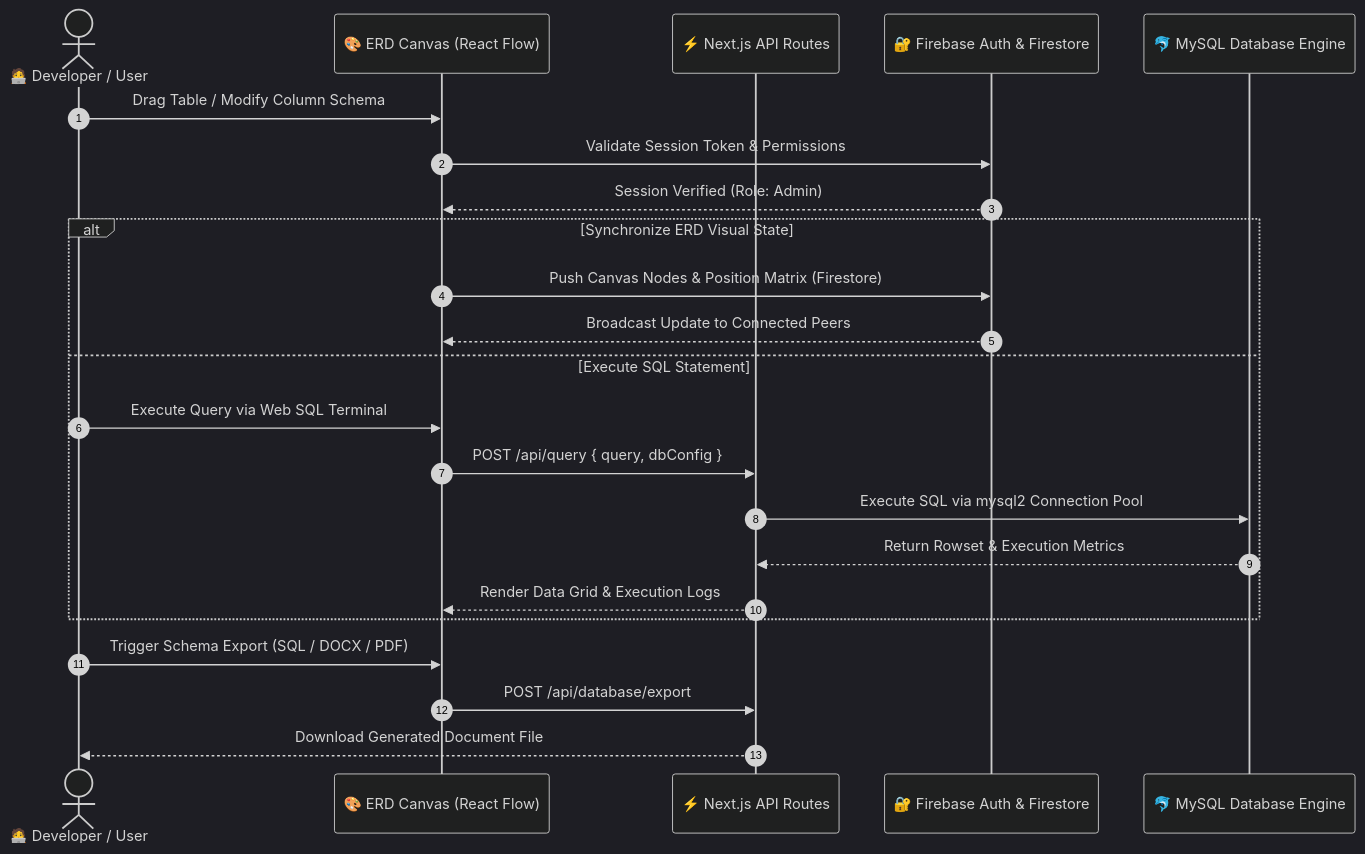
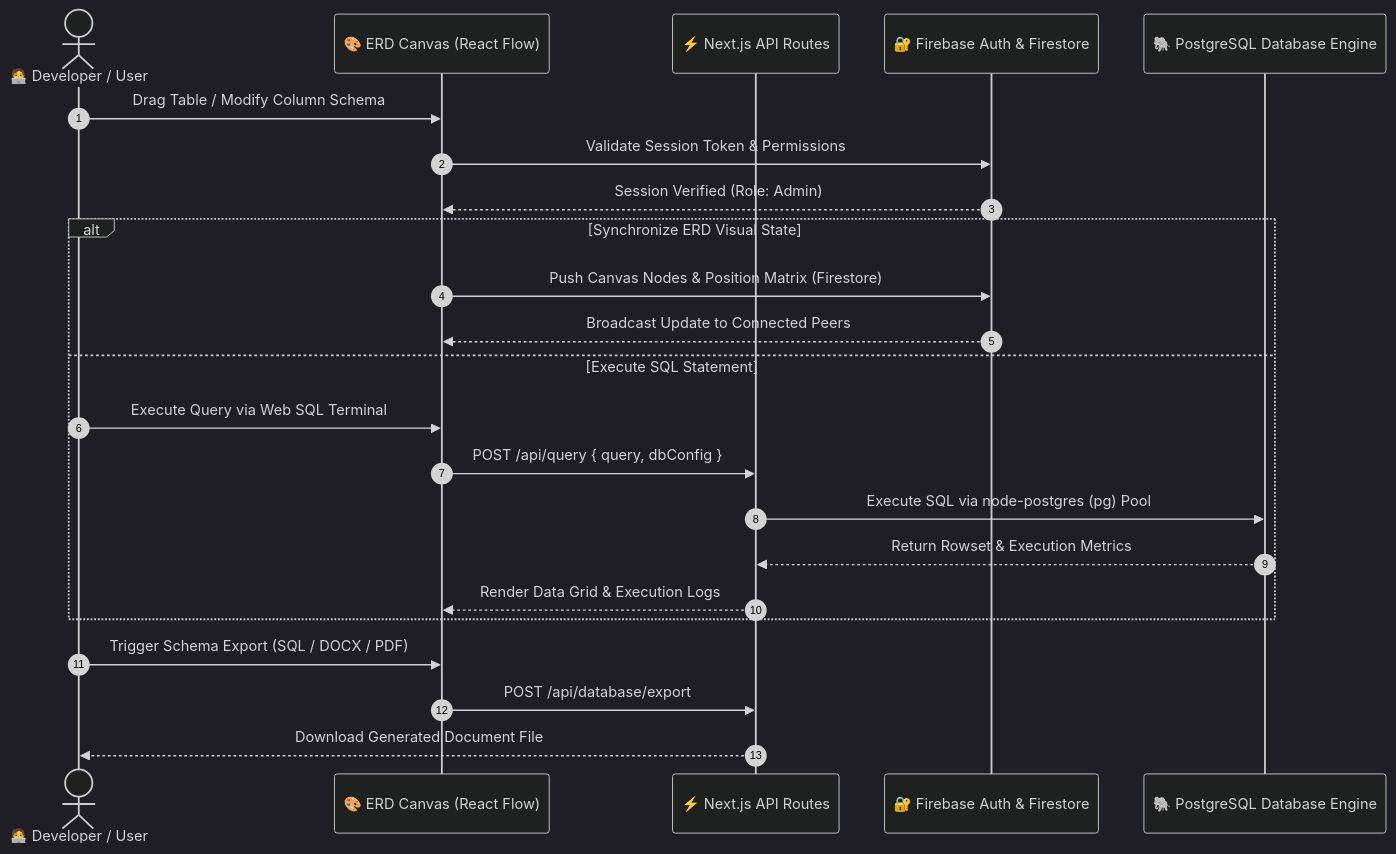
Before and after one commit to Veer2401/database-visualiser: the diagram in README.md, drawn with Mermaid. The commit also changed other lines of this file and 1 other file, not shown here.

````diff
--- a/README.md
+++ b/README.md
@@ -107,42 +107,42 @@
 ```mermaid
 %%{
   init: {
     'theme': 'dark',
     'themeVariables': {
       'primaryColor': '#7C3AED',
       'primaryTextColor': '#FFFFFF',
       'primaryBorderColor': '#059669',
       'lineColor': '#2563EB',
       'secondaryColor': '#1E293B',
       'tertiaryColor': '#0F172A',
       'fontFamily': 'Fira Code, Inter, sans-serif'
     }
   }
 }%%
 sequenceDiagram
     autonumber
     actor Developer as 🧑‍💻 Developer / User
     participant Canvas as 🎨 ERD Canvas (React Flow)
     participant API as ⚡ Next.js API Routes
     participant Auth as 🔐 Firebase Auth & Firestore
-    participant Engine as 🐬 MySQL Database Engine
+    participant Engine as 🐘 PostgreSQL Database Engine
 
     Developer->>Canvas: Drag Table / Modify Column Schema
     Canvas->>Auth: Validate Session Token & Permissions
     Auth-->>Canvas: Session Verified (Role: Admin)
     
     alt Synchronize ERD Visual State
         Canvas->>Auth: Push Canvas Nodes & Position Matrix (Firestore)
         Auth-->>Canvas: Broadcast Update to Connected Peers
     else Execute SQL Statement
         Developer->>Canvas: Execute Query via Web SQL Terminal
         Canvas->>API: POST /api/query { query, dbConfig }
-        API->>Engine: Execute SQL via mysql2 Connection Pool
+        API->>Engine: Execute SQL via node-postgres (pg) Pool
         Engine-->>API: Return Rowset & Execution Metrics
         API-->>Canvas: Render Data Grid & Execution Logs
     end
 
     Developer->>Canvas: Trigger Schema Export (SQL / DOCX / PDF)
     Canvas->>API: POST /api/database/export
     API-->>Developer: Download Generated Document File
 ```
````
